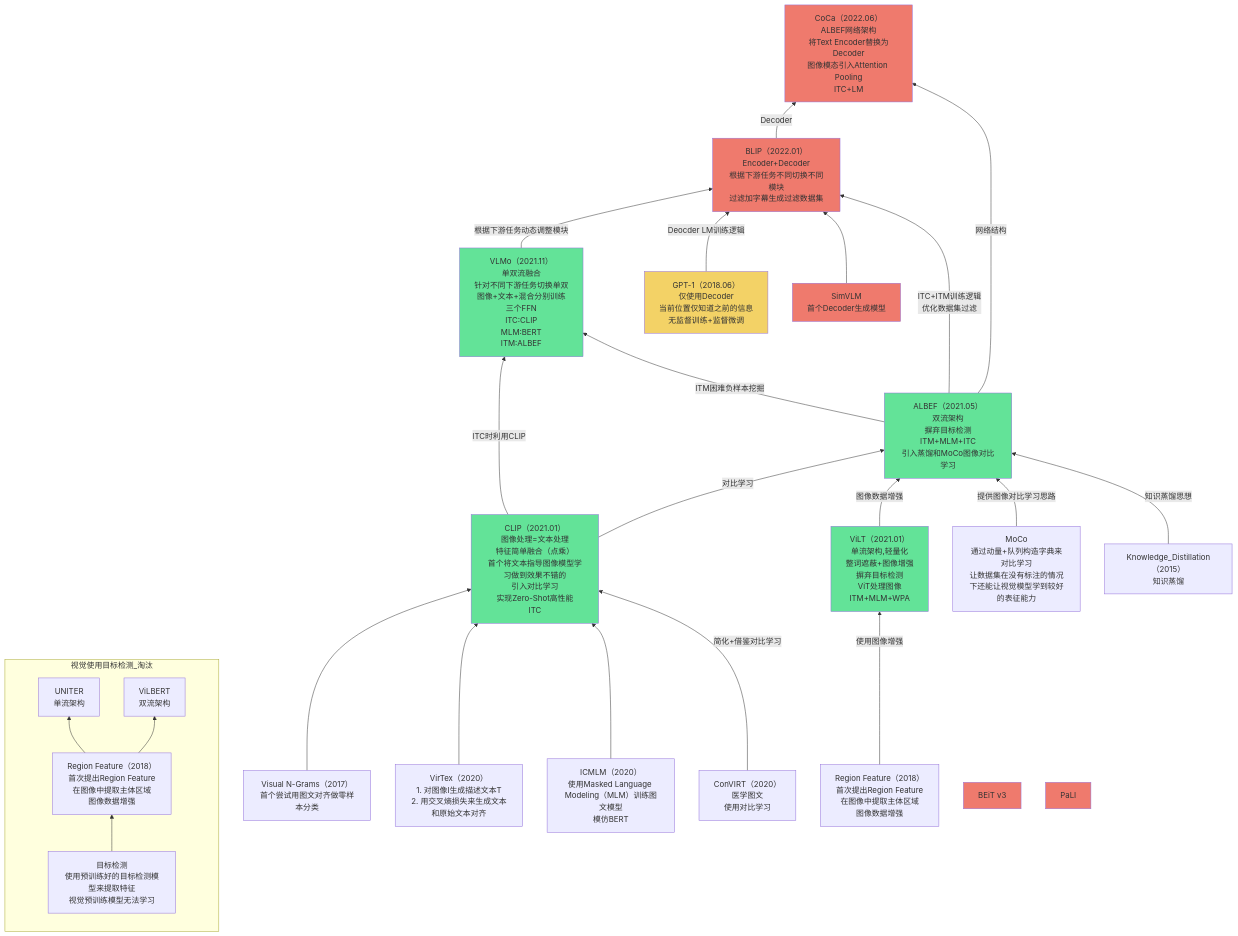
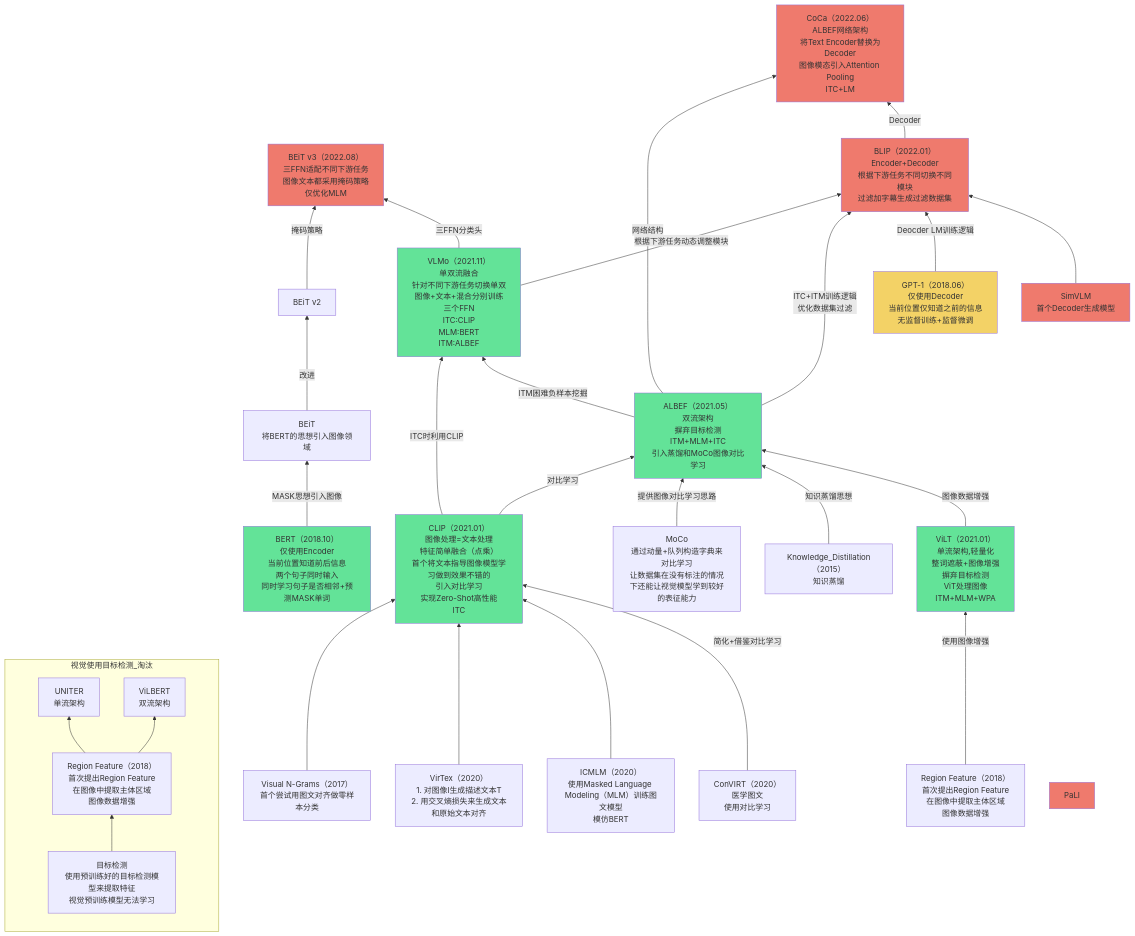
Before and after one commit to Elephant-King9/Paper: the third of 5 diagrams in Base_Model/VLM+VLLM/analyse.md, drawn with Mermaid. The commit also changed other lines of this file and 14 other files, not shown here.

````diff
--- a/Base_Model/VLM+VLLM/analyse.md
+++ b/Base_Model/VLM+VLLM/analyse.md
@@ -86,62 +83,68 @@
 ```mermaid
 flowchart BT
 	subgraph 视觉使用目标检测_淘汰
 		direction BT
 		目标检测-->Region_Feature_1
     Region_Feature_1-->UNITER
     Region_Feature_1-->ViLBERT
 	end
 	Region_Feature-->|使用图像增强|ViLT
 	Visual_N-Grams-->CLIP
 	VirTex-->CLIP
 	ICMLM-->CLIP
 	ConVIRT-->|简化+借鉴对比学习|CLIP
+	CLIP-->|ITC时利用CLIP|VLMo
+	CLIP-->|对比学习|ALBEF
 	MoCo-->|提供图像对比学习思路|ALBEF
 	Knowledge_Distillation-->|知识蒸馏思想|ALBEF
-	CLIP-->|ITC时利用CLIP|VLMo
-	CLIP-->|对比学习|ALBEF
 	ViLT-->|图像数据增强|ALBEF
 	ALBEF-->|ITM困难负样本挖掘|VLMo
+	BEiT_v2-->|掩码策略|BEiT_v3
+	VLMo-->|三FFN分类头|BEiT_v3
 	VLMo-->|根据下游任务动态调整模块|BLIP
 	ALBEF-->|ITC+ITM训练逻辑<br>优化数据集过滤|BLIP
 	GPT-1-->|Deocder LM训练逻辑|BLIP
 	SimVLM-->BLIP
 	ALBEF-->|网络结构|CoCa
 	BLIP-->|Decoder|CoCa
-	
-	
+	BERT-->|MASK思想引入图像|BEiT
+	BEiT-->|改进|BEiT_v2
 	
 	
 
 	目标检测[目标检测<br>使用预训练好的目标检测模型来提取特征<br>视觉预训练模型无法学习]
 	ViLT[ViLT（2021.01）<br>单流架构,轻量化<br>整词遮蔽+图像增强<br>摒弃目标检测<br>ViT处理图像<br>ITM+MLM+WPA]
 		style ViLT fill:#63E398
 	CLIP[CLIP（2021.01）<br>图像处理=文本处理<br>特征简单融合（点乘）<br>首个将文本指导图像模型学习做到效果不错的<br>引入对比学习<br>实现Zero-Shot高性能<br>ITC]
 		style CLIP fill:#63E398
 	ALBEF[ALBEF（2021.05）<br>双流架构<br>摒弃目标检测<br>ITM+MLM+ITC<br>引入蒸馏和MoCo图像对比学习]
 		style ALBEF fill:#63E398
 	VLMo[VLMo（2021.11）<br>单双流融合<br>针对不同下游任务切换单双<br>图像+文本+混合分别训练<br>三个FFN<br>ITC:CLIP<br>MLM:BERT<br>ITM:ALBEF]
 		style VLMo fill:#63E398
 	BLIP[BLIP（2022.01）<br>Encoder+Decoder<br>根据下游任务不同切换不同模块<br>过滤加字幕生成过滤数据集]
 		style BLIP fill:#EF7A6D
 	CoCa[CoCa（2022.06）<br>ALBEF网络架构<br>将Text Encoder替换为Decoder<br>图像模态引入Attention Pooling<br>ITC+LM]
 		style CoCa fill:#EF7A6D
-	BEiT_v3[BEiT v3]
+	BEiT_v3[BEiT v3（2022.08）<br>三FFN适配不同下游任务<br>图像文本都采用掩码策略<br>仅优化MLM]
 		style BEiT_v3 fill:#EF7A6D
 	PaLI[PaLI]
 		style PaLI fill:#EF7A6D
 	VirTex[VirTex（2020）<br>1. 对图像I生成描述文本T<br>2. 用交叉熵损失来生成文本和原始文本对齐]
 	ICMLM[ICMLM（2020）<br>使用Masked Language Modeling（MLM）训练图文模型<br>模仿BERT]
 	ConVIRT[ConVIRT（2020）<br>医学图文<br>使用对比学习]
 	Visual_N-Grams[Visual N-Grams（2017）<br>首个尝试用图文对齐做零样本分类]
 	Region_Feature[Region Feature（2018）<br>首次提出Region Feature<br>在图像中提取主体区域<br>图像数据增强]
 	Region_Feature_1[Region Feature（2018）<br>首次提出Region Feature<br>在图像中提取主体区域<br>图像数据增强]
 	UNITER[UNITER<br>单流架构]
 	ViLBERT[ViLBERT<br>双流架构]
 	MoCo[MoCo<br>通过动量+队列构造字典来对比学习<br>让数据集在没有标注的情况下还能让视觉模型学到较好的表征能力]
 	Knowledge_Distillation[Knowledge_Distillation（2015）<br>知识蒸馏]
 	GPT-1[GPT-1（2018.06）<br>仅使用Decoder<br>当前位置仅知道之前的信息<br>无监督训练+监督微调]
 		style GPT-1 fill:#F3D266
 	SimVLM[SimVLM<br>首个Decoder生成模型]
 		style SimVLM fill:#EF7A6D
+	BEiT[BEiT<br>将BERT的思想引入图像领域]
+	BEiT_v2[BEiT v2]
+	BERT[BERT（2018.10）<br>仅使用Encoder<br>当前位置知道前后信息<br>两个句子同时输入<br>同时学习句子是否相邻+预测MASK单词]
+		style BERT fill:#63E398
 ```
````
